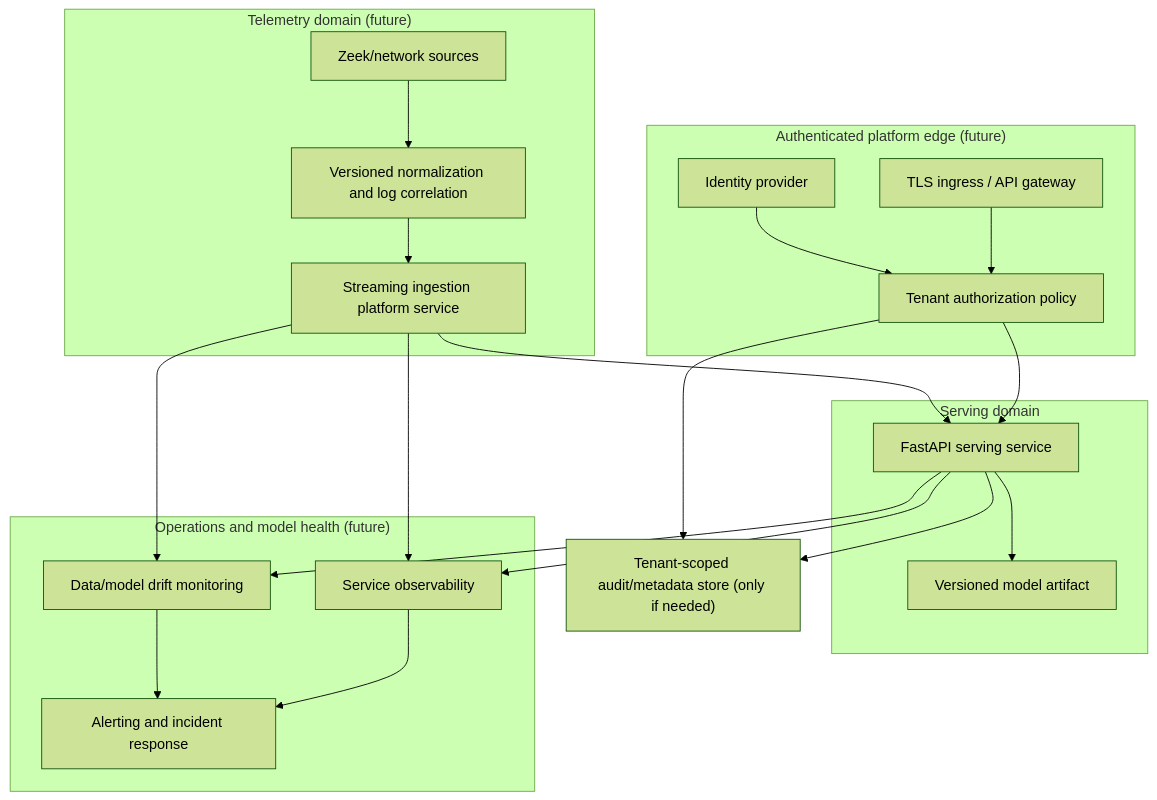
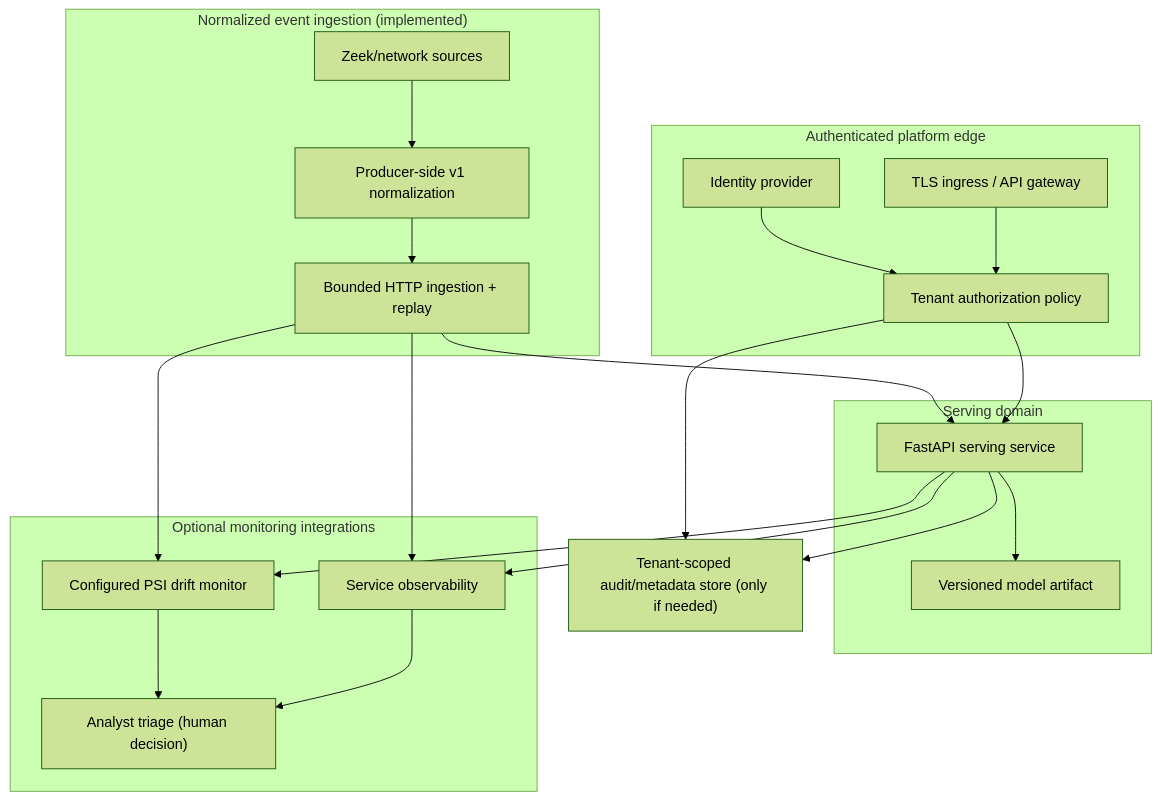
Before and after one commit to SumalyaPatnala/streaming-network-threat-detection-mlops: the second of 2 diagrams in docs/architecture.md, drawn with Mermaid (forest theme). The commit also changed other lines of this file and 82 other files, not shown here.

Commit message:
Add tenant-aware streaming threat platform controls

````diff
--- a/docs/architecture.md
+++ b/docs/architecture.md
@@ -55,39 +90,39 @@
 ```mermaid
 flowchart TB
-  subgraph Edge["Authenticated platform edge (future)"]
+  subgraph Edge["Authenticated platform edge"]
     GW["TLS ingress / API gateway"]
     IDP["Identity provider"]
     AUTHZ["Tenant authorization policy"]
   end
   GW --> AUTHZ
   IDP --> AUTHZ
 
   subgraph Serving["Serving domain"]
     API["FastAPI serving service"]
     MODEL["Versioned model artifact"]
     API --> MODEL
   end
   AUTHZ --> API
 
-  subgraph Telemetry["Telemetry domain (future)"]
+  subgraph Telemetry["Normalized event ingestion (implemented)"]
     SOURCE["Zeek/network sources"]
-    NORMALIZE["Versioned normalization and log correlation"]
-    STREAM["Streaming ingestion platform service"]
+    NORMALIZE["Producer-side v1 normalization"]
+    STREAM["Bounded HTTP ingestion + replay"]
     SOURCE --> NORMALIZE --> STREAM
   end
   STREAM --> API
 
-  subgraph Operations["Operations and model health (future)"]
+  subgraph Operations["Optional monitoring integrations"]
     METRICS["Service observability"]
-    DRIFT["Data/model drift monitoring"]
-    ALERT["Alerting and incident response"]
+    DRIFT["Configured PSI drift monitor"]
+    ALERT["Analyst triage (human decision)"]
     API --> METRICS
     STREAM --> METRICS
     STREAM --> DRIFT
     API --> DRIFT
     METRICS --> ALERT
     DRIFT --> ALERT
   end
   API --> TENANTDATA["Tenant-scoped audit/metadata store (only if needed)"]
   AUTHZ --> TENANTDATA
 ```
````
